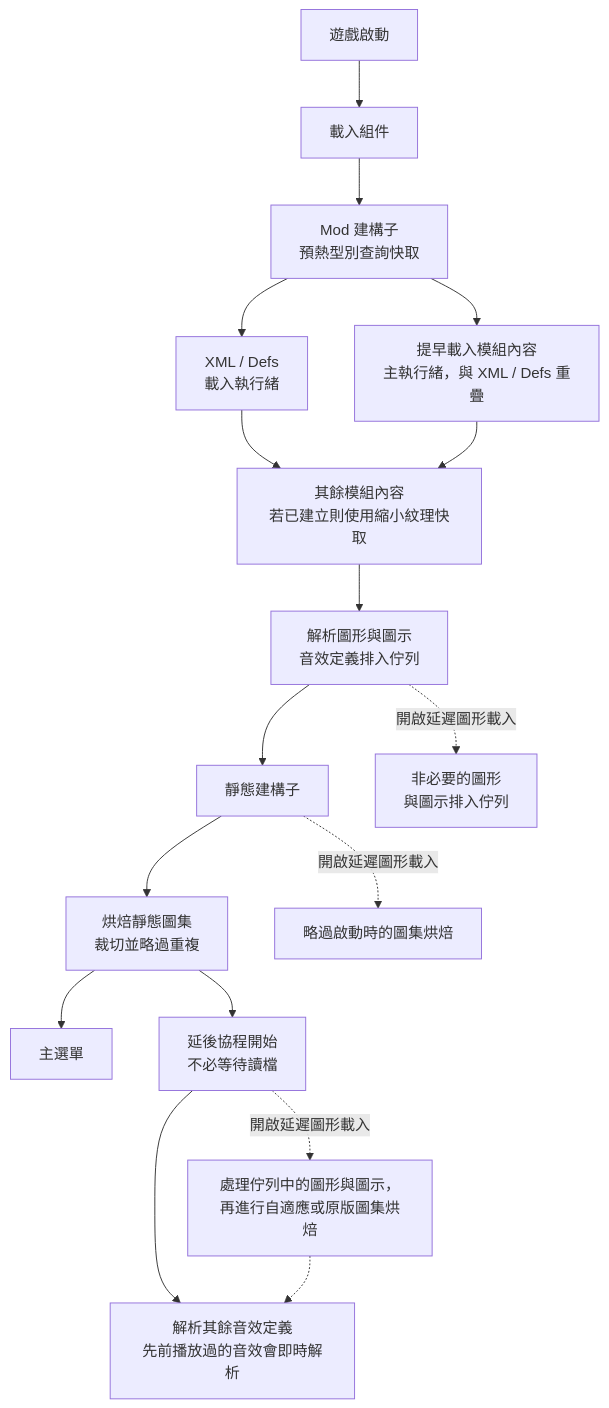
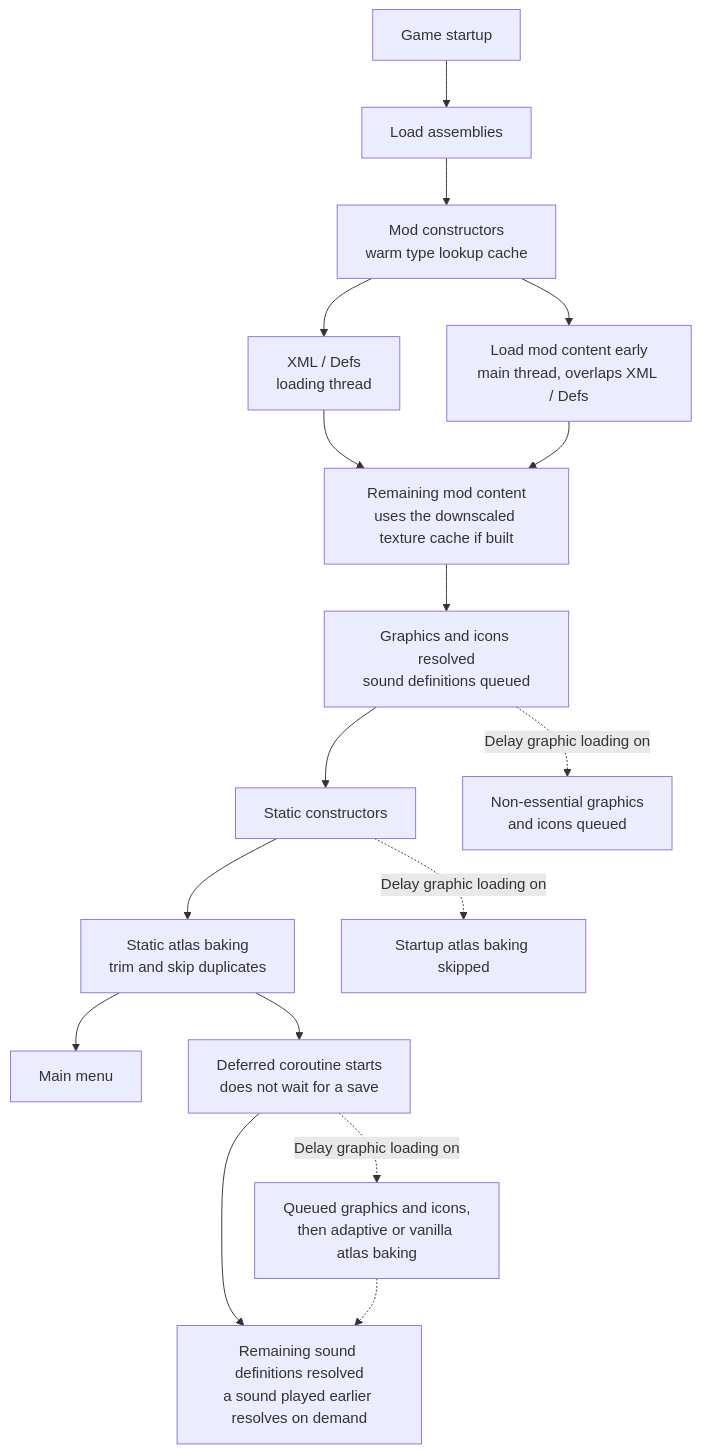
Before and after one commit to GUOSHENGZHONG/FasterGameLoading---Continued: the diagram in 1.6/README.md, drawn with Mermaid. The commit also changed other lines of this file and 5 other files, not shown here.

````diff
--- a/1.6/README.md
+++ b/1.6/README.md
@@ -11,19 +13,19 @@
 ```mermaid
 graph TD
-    A[遊戲啟動] --> B[載入組件]
-    B --> C[Mod 建構子<br/>預熱型別查詢快取]
-    C --> D[XML / Defs<br/>載入執行緒]
-    C --> E[提早載入模組內容<br/>主執行緒，與 XML / Defs 重疊]
-    D --> F[其餘模組內容<br/>若已建立則使用縮小紋理快取]
+    A[Game startup] --> B[Load assemblies]
+    B --> C[Mod constructors<br/>warm type lookup cache]
+    C --> D[XML / Defs<br/>loading thread]
+    C --> E[Load mod content early<br/>main thread, overlaps XML / Defs]
+    D --> F[Remaining mod content<br/>uses the downscaled texture cache if built]
     E --> F
-    F --> G[解析圖形與圖示<br/>音效定義排入佇列]
-    G --> H[靜態建構子]
-    H --> I[烘焙靜態圖集<br/>裁切並略過重複]
-    I --> J[主選單]
-    I --> K[延後協程開始<br/>不必等待讀檔]
-    K --> L[解析其餘音效定義<br/>先前播放過的音效會即時解析]
-    G -. 開啟延遲圖形載入 .-> M[非必要的圖形<br/>與圖示排入佇列]
-    H -. 開啟延遲圖形載入 .-> N[略過啟動時的圖集烘焙]
-    K -. 開啟延遲圖形載入 .-> O[處理佇列中的圖形與圖示，<br/>再進行自適應或原版圖集烘焙]
+    F --> G[Graphics and icons resolved<br/>sound definitions queued]
+    G --> H[Static constructors]
+    H --> I[Static atlas baking<br/>trim and skip duplicates]
+    I --> J[Main menu]
+    I --> K[Deferred coroutine starts<br/>does not wait for a save]
+    K --> L[Remaining sound definitions resolved<br/>a sound played earlier resolves on demand]
+    G -. Delay graphic loading on .-> M[Non-essential graphics<br/>and icons queued]
+    H -. Delay graphic loading on .-> N[Startup atlas baking skipped]
+    K -. Delay graphic loading on .-> O[Queued graphics and icons,<br/>then adaptive or vanilla atlas baking]
     O -.-> L
 ```
````
